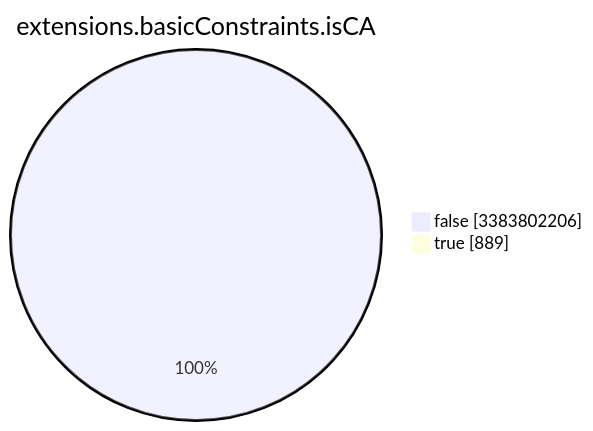
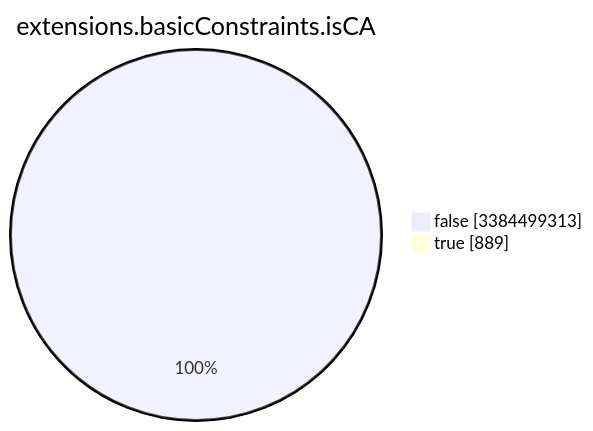
Before and after one commit to christiankrug/ctmonitor_visualization: the seventh of 15 diagrams in TOTAL/README.md, drawn with Mermaid. The commit also changed other lines of this file, not shown here.

````diff
--- a/TOTAL/README.md
+++ b/TOTAL/README.md
@@ -3090,6 +3090,6 @@
 ```mermaid
 pie showData
 title extensions.basicConstraints.isCA
-"false" :3383802206
+"false" :3384499313
 "true" :889
 ```
````
